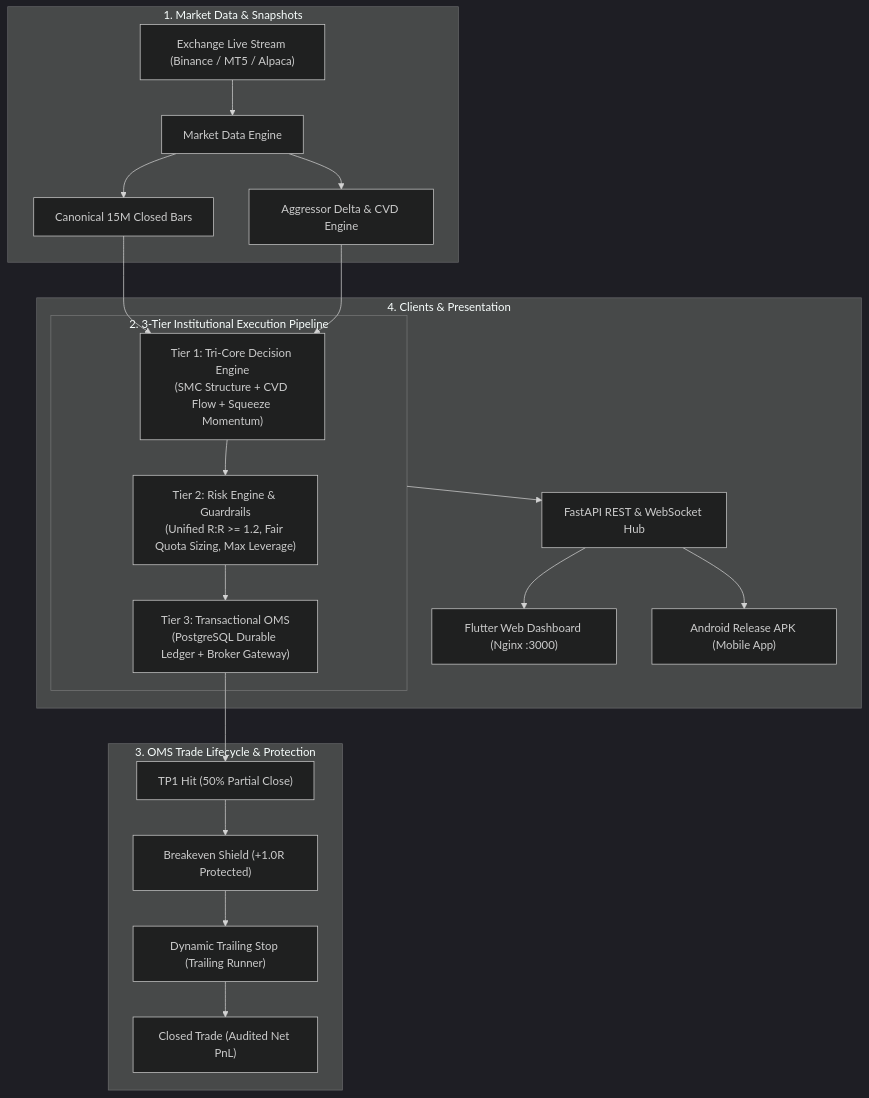
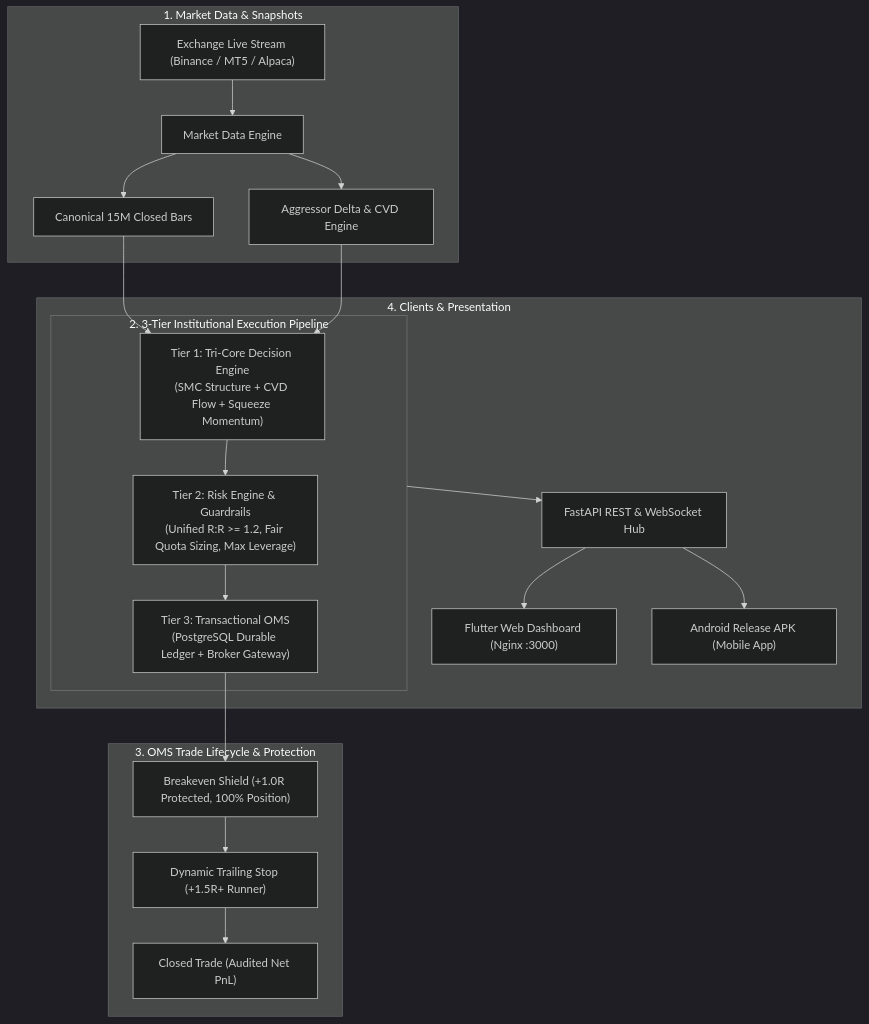
The first of 2 diagrams in README.md (pirateszero92/ai_trade_advisor), drawn with Mermaid (dark theme) before and after one commit. The commit also changed other lines of this file and 3 other files, not shown here.

````diff
--- a/README.md
+++ b/README.md
@@ -12,27 +12,26 @@
 ```mermaid
 flowchart TD
     subgraph DataIngestion["1. Market Data & Snapshots"]
         WS["Exchange Live Stream (Binance / MT5 / Alpaca)"] --> MD["Market Data Engine"]
         MD --> CS["Canonical 15M Closed Bars"]
         MD --> CVD["Aggressor Delta & CVD Engine"]
     end
 
     subgraph ThreeTierPipeline["2. 3-Tier Institutional Execution Pipeline"]
         CS & CVD --> T1["Tier 1: Tri-Core Decision Engine\n(SMC Structure + CVD Flow + Squeeze Momentum)"]
         T1 --> T2["Tier 2: Risk Engine & Guardrails\n(Unified R:R >= 1.2, Fair Quota Sizing, Max Leverage)"]
         T2 --> T3["Tier 3: Transactional OMS\n(PostgreSQL Durable Ledger + Broker Gateway)"]
     end
 
     subgraph ProtectionAndExit["3. OMS Trade Lifecycle & Protection"]
-        T3 --> TP1["TP1 Hit (50% Partial Close)"]
-        TP1 --> BE["Breakeven Shield (+1.0R Protected)"]
-        BE --> TS["Dynamic Trailing Stop (Trailing Runner)"]
+        T3 --> BE["Breakeven Shield (+1.0R Protected, 100% Position)"]
+        BE --> TS["Dynamic Trailing Stop (+1.5R+ Runner)"]
         TS --> CL["Closed Trade (Audited Net PnL)"]
     end
 
     subgraph ClientDelivery["4. Clients & Presentation"]
         ThreeTierPipeline --> API["FastAPI REST & WebSocket Hub"]
         API --> Web["Flutter Web Dashboard (Nginx :3000)"]
         API --> Mobile["Android Release APK (Mobile App)"]
     end
 ```
````
